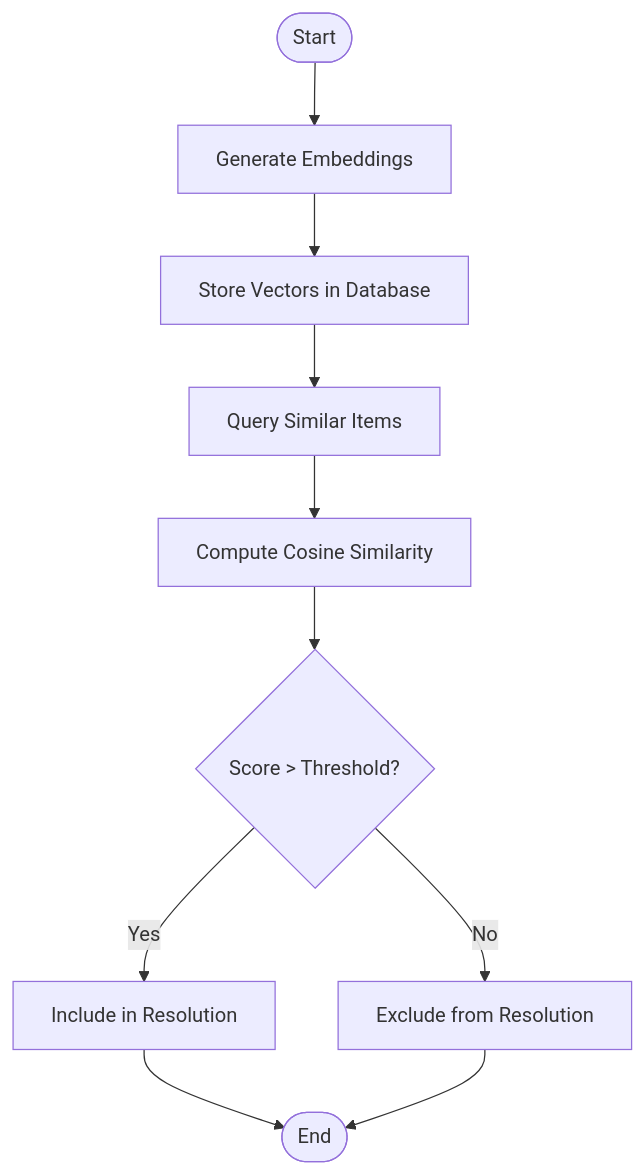
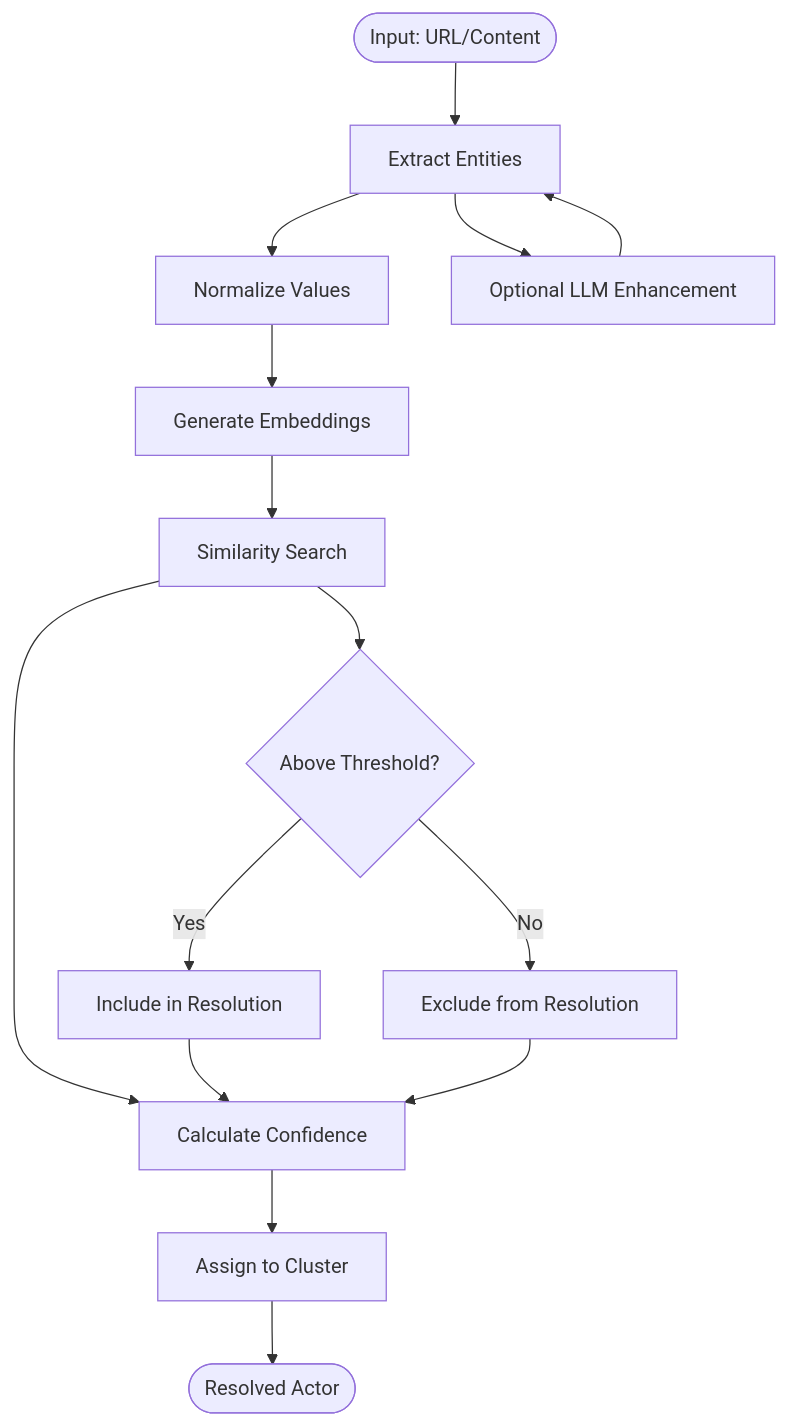
The fifth of 7 diagrams in .qoder/repowiki/en/content/Project Overview/Project Overview.md (vishnusaibhosekar/ares), drawn with Mermaid before and after one commit. The commit also changed other lines of this file and 12 other files, not shown here.

````diff
--- a/.qoder/repowiki/en/content/Project Overview/Project Overview.md
+++ b/.qoder/repowiki/en/content/Project Overview/Project Overview.md
@@ -175,12 +290,17 @@
 ```mermaid
 flowchart TD
-Start(["Start"]) --> Gen["Generate Embeddings"]
-Gen --> Store["Store Vectors in Database"]
-Store --> Query["Query Similar Items"]
-Query --> Score["Compute Cosine Similarity"]
-Score --> Filter{"Score > Threshold?"}
-Filter --> |Yes| Include["Include in Resolution"]
-Filter --> |No| Exclude["Exclude from Resolution"]
-Include --> End(["End"])
-Exclude --> End
+Start([Input: URL/Content]) --> Extract[Extract Entities]
+Extract --> Normalize[Normalize Values]
+Normalize --> Embed[Generate Embeddings]
+Embed --> Similarity[Similarity Search]
+Similarity --> Score[Calculate Confidence]
+Score --> Cluster[Assign to Cluster]
+Cluster --> Output([Resolved Actor])
+Extract --> LLM[Optional LLM Enhancement]
+LLM --> Extract
+Similarity --> Threshold{Above Threshold?}
+Threshold --> |Yes| Include[Include in Resolution]
+Threshold --> |No| Exclude[Exclude from Resolution]
+Include --> Score
+Exclude --> Score
 ```
````
